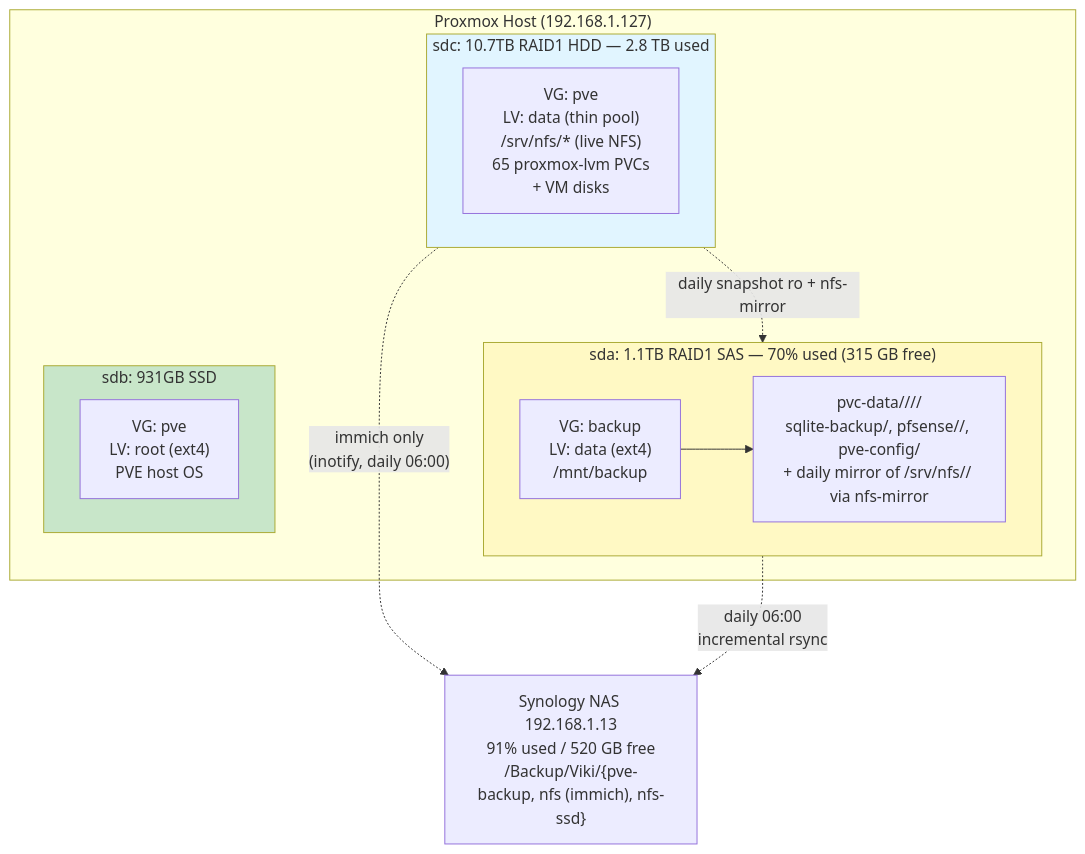
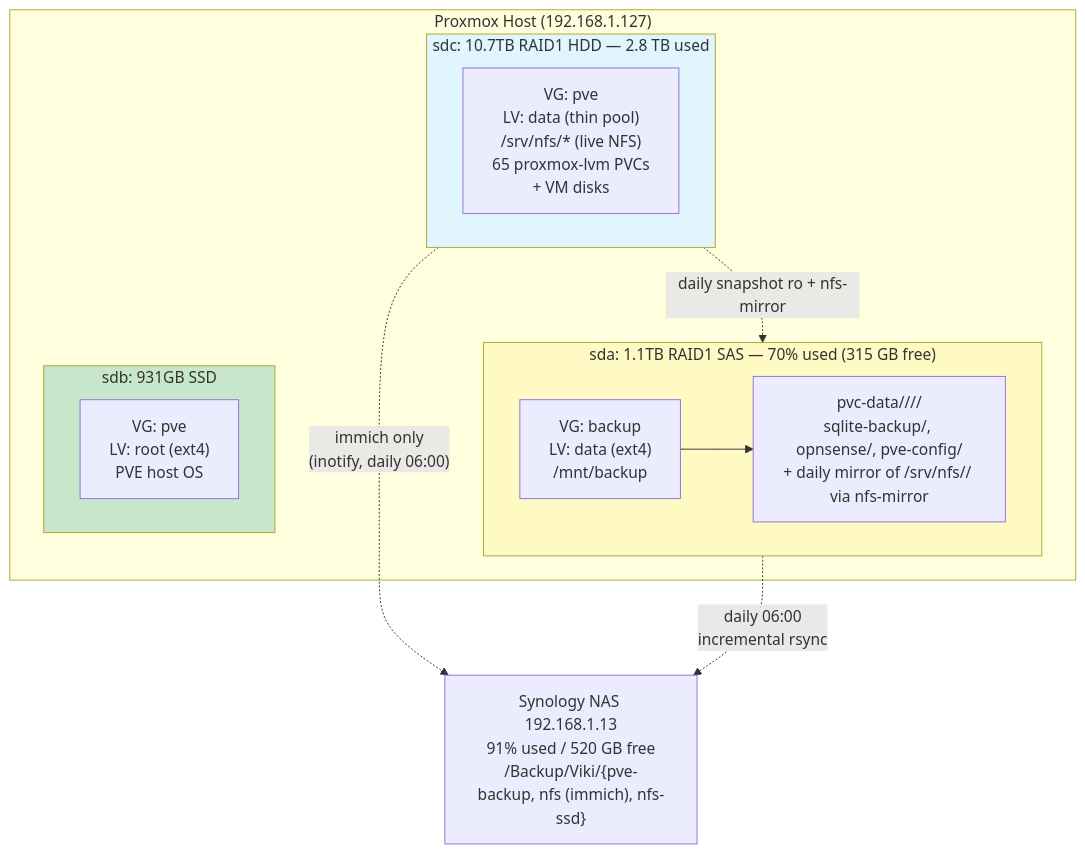
One commit to ViktorBarzin/infra changed the fourth of 6 diagrams in docs/architecture/backup-dr.md. Above: the diagram before and after it, drawn with Mermaid. The commit also changed other lines of this file and 53 other files, not shown here.

````diff
--- a/docs/architecture/backup-dr.md
+++ b/docs/architecture/backup-dr.md
@@ -240,29 +240,29 @@
 ```mermaid
 graph TB
     subgraph PVE["Proxmox Host (192.168.1.127)"]
         subgraph sda["sda: 1.1TB RAID1 SAS — 70% used (315 GB free)"]
             sda_vg["VG: backup<br/>LV: data (ext4)<br/>/mnt/backup"]
-            sda_content["pvc-data/<YYYY-WW>/<ns>/<pvc>/<br/>sqlite-backup/, pfsense/<YYYY-WW>/, pve-config/<br/>+ daily mirror of /srv/nfs/<svc>/ via nfs-mirror"]
+            sda_content["pvc-data/<YYYY-WW>/<ns>/<pvc>/<br/>sqlite-backup/, opnsense/, pve-config/<br/>+ daily mirror of /srv/nfs/<svc>/ via nfs-mirror"]
         end
 
         subgraph sdb["sdb: 931GB SSD"]
             sdb_vg["VG: pve<br/>LV: root (ext4)<br/>PVE host OS"]
         end
 
         subgraph sdc["sdc: 10.7TB RAID1 HDD — 2.8 TB used"]
             sdc_vg["VG: pve<br/>LV: data (thin pool)<br/>/srv/nfs/* (live NFS)<br/>65 proxmox-lvm PVCs<br/>+ VM disks"]
         end
 
         sda_vg --> sda_content
     end
 
     sdc -. "daily snapshot ro + nfs-mirror" .-> sda
     sdc -. "immich only<br/>(inotify, daily 06:00)" .-> Synology
     sda -. "daily 06:00<br/>incremental rsync" .-> Synology
 
     Synology["Synology NAS 192.168.1.13<br/>91% used / 520 GB free<br/>/Backup/Viki/{pve-backup, nfs (immich), nfs-ssd}"]
 
     style sda fill:#fff9c4
     style sdb fill:#c8e6c9
     style sdc fill:#e1f5ff
 ```
````
